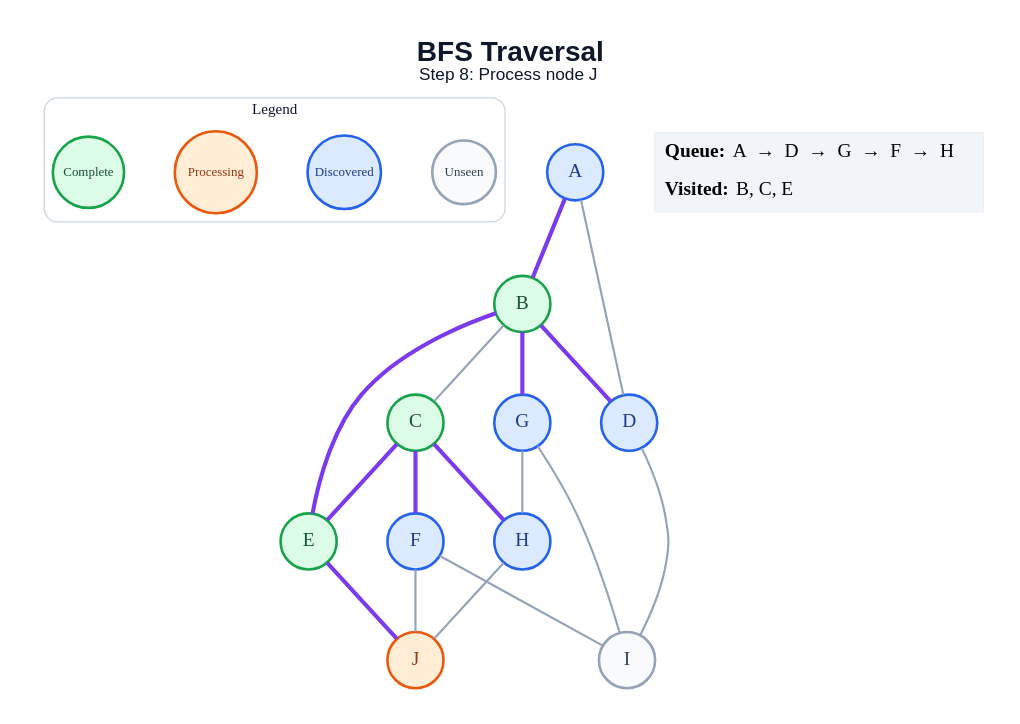
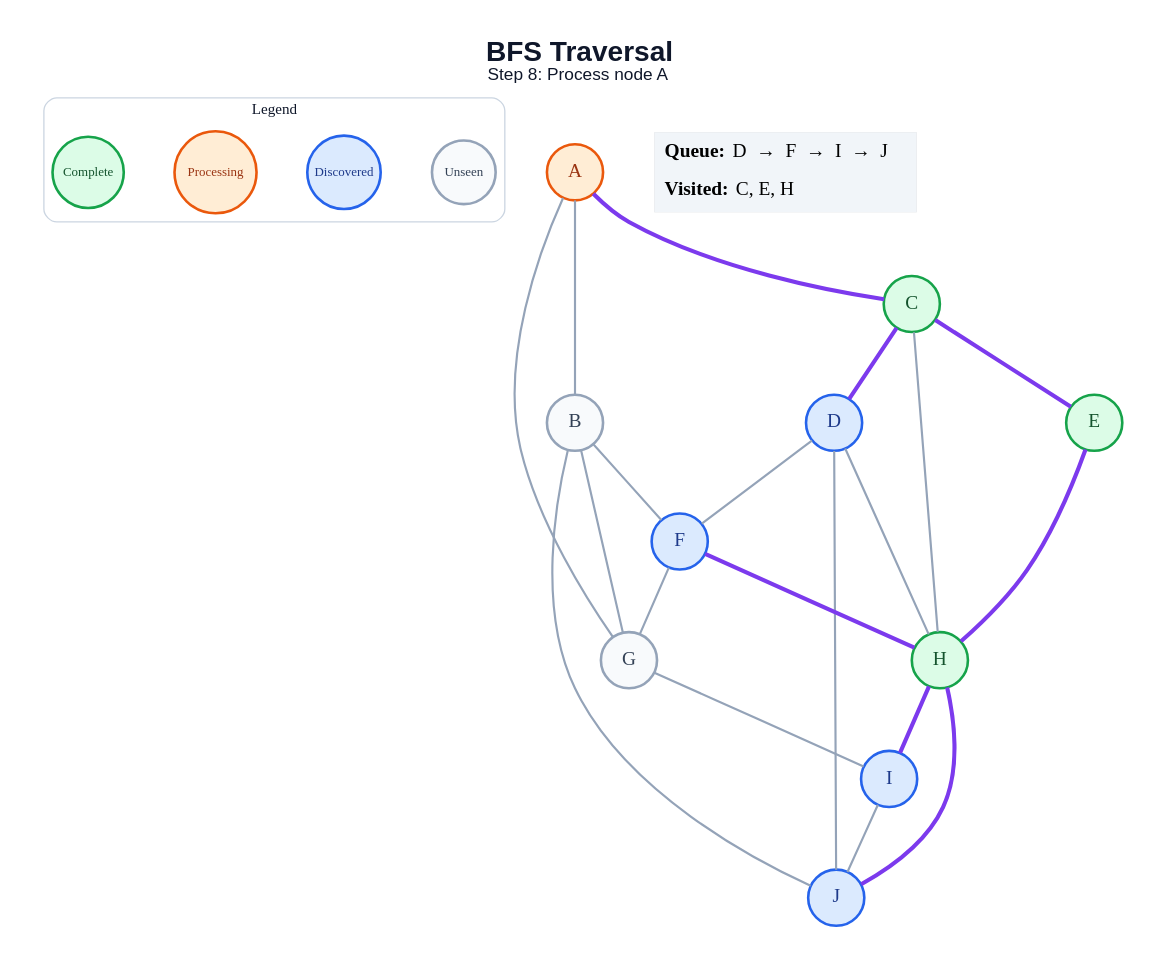
The diagram in generated/specific-node/bfs/step_08.dot (amanghodawala9/ai-slop), drawn with Graphviz before and after one commit. The commit also changed 178 other files, not shown here.

```diff
--- a/generated/specific-node/bfs/step_08.dot
+++ b/generated/specific-node/bfs/step_08.dot
@@ -1,45 +1,48 @@
 graph traversal {
   graph [layout=dot, rankdir=TB, bgcolor="#FFFFFF", pad="0.35", nodesep="0.65", ranksep="0.8", fontname="Arial"];
   node [shape=circle, style="filled", fontname="Arial Bold", fontsize=18, width=0.72, fixedsize=true, penwidth=2.4];
   edge [color="#94A3B8", penwidth=2.0];
-  label=<<B>BFS Traversal</B><BR/><FONT POINT-SIZE="16">Step 8: Process node J</FONT>>; labelloc="t"; fontsize=26; fontname="Arial"; fontcolor="#0F172A";
+  label=<<B>BFS Traversal</B><BR/><FONT POINT-SIZE="16">Step 8: Process node A</FONT>>; labelloc="t"; fontsize=26; fontname="Arial"; fontcolor="#0F172A";
   subgraph cluster_legend { label="Legend"; color="#CBD5E1"; penwidth=1.2; style="rounded"; fontsize=14; fontname="Arial Bold";
     key_unseen [label="Unseen", fillcolor="#F8FAFC", color="#94A3B8", fontcolor="#334155", fontsize=12, width=0.82];
     key_frontier [label="Discovered", fillcolor="#DBEAFE", color="#2563EB", fontcolor="#1E3A8A", fontsize=12, width=0.95];
     key_current [label="Processing", fillcolor="#FFEDD5", color="#EA580C", fontcolor="#9A3412", fontsize=12, width=1.05];
     key_done [label="Complete", fillcolor="#DCFCE7", color="#16A34A", fontcolor="#14532D", fontsize=12, width=0.92];
     { rank=same; key_unseen; key_frontier; key_current; key_done; }
   }
-  A [fillcolor="#DBEAFE", color="#2563EB", fontcolor="#1E3A8A"];
-  B [fillcolor="#DCFCE7", color="#16A34A", fontcolor="#14532D"];
+  A [fillcolor="#FFEDD5", color="#EA580C", fontcolor="#9A3412"];
+  B [fillcolor="#F8FAFC", color="#94A3B8", fontcolor="#334155"];
   C [fillcolor="#DCFCE7", color="#16A34A", fontcolor="#14532D"];
   D [fillcolor="#DBEAFE", color="#2563EB", fontcolor="#1E3A8A"];
   E [fillcolor="#DCFCE7", color="#16A34A", fontcolor="#14532D"];
   F [fillcolor="#DBEAFE", color="#2563EB", fontcolor="#1E3A8A"];
-  G [fillcolor="#DBEAFE", color="#2563EB", fontcolor="#1E3A8A"];
-  H [fillcolor="#DBEAFE", color="#2563EB", fontcolor="#1E3A8A"];
-  I [fillcolor="#F8FAFC", color="#94A3B8", fontcolor="#334155"];
-  J [fillcolor="#FFEDD5", color="#EA580C", fontcolor="#9A3412"];
-  A -- B [color="#7C3AED", penwidth=3.8];
-  A -- D;
-  B -- C;
-  B -- D [color="#7C3AED", penwidth=3.8];
-  B -- E [color="#7C3AED", penwidth=3.8];
-  B -- G [color="#7C3AED", penwidth=3.8];
+  G [fillcolor="#F8FAFC", color="#94A3B8", fontcolor="#334155"];
+  H [fillcolor="#DCFCE7", color="#16A34A", fontcolor="#14532D"];
+  I [fillcolor="#DBEAFE", color="#2563EB", fontcolor="#1E3A8A"];
+  J [fillcolor="#DBEAFE", color="#2563EB", fontcolor="#1E3A8A"];
+  A -- B;
+  A -- C [color="#7C3AED", penwidth=3.8];
+  A -- G;
+  B -- F;
+  B -- G;
+  B -- J;
+  C -- D [color="#7C3AED", penwidth=3.8];
   C -- E [color="#7C3AED", penwidth=3.8];
-  C -- F [color="#7C3AED", penwidth=3.8];
-  C -- H [color="#7C3AED", penwidth=3.8];
-  D -- I;
-  E -- J [color="#7C3AED", penwidth=3.8];
-  F -- I;
-  F -- J;
-  G -- H;
+  C -- H;
+  D -- F;
+  D -- H;
+  D -- J;
+  E -- H [color="#7C3AED", penwidth=3.8];
+  F -- G;
+  F -- H [color="#7C3AED", penwidth=3.8];
   G -- I;
-  H -- J;
+  H -- I [color="#7C3AED", penwidth=3.8];
+  H -- J [color="#7C3AED", penwidth=3.8];
+  I -- J;
   status [shape=plain, fixedsize=false, width=0, height=0, margin=0, label=<
     <TABLE BORDER="0" CELLBORDER="0" CELLPADDING="7" BGCOLOR="#F1F5F9">
-      <TR><TD ALIGN="LEFT"><B>Queue:</B> A  →  D  →  G  →  F  →  H</TD></TR>
-      <TR><TD ALIGN="LEFT"><B>Visited:</B> B, C, E</TD></TR>
+      <TR><TD ALIGN="LEFT"><B>Queue:</B> D  →  F  →  I  →  J</TD></TR>
+      <TR><TD ALIGN="LEFT"><B>Visited:</B> C, E, H</TD></TR>
     </TABLE>
   >];
 }
```
